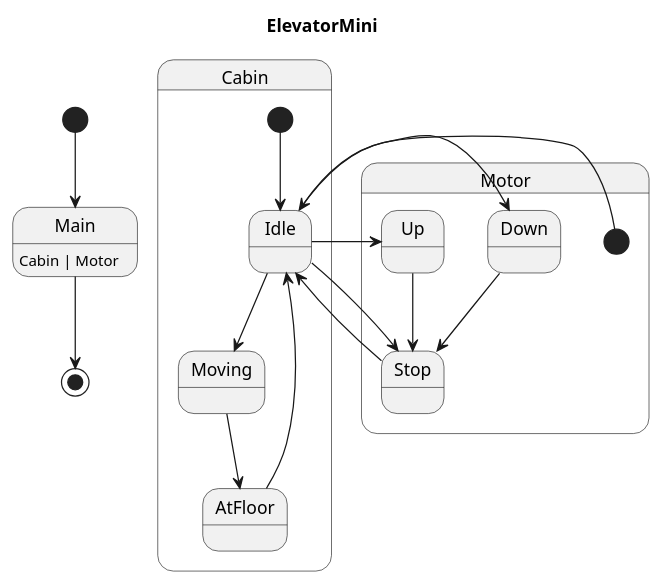
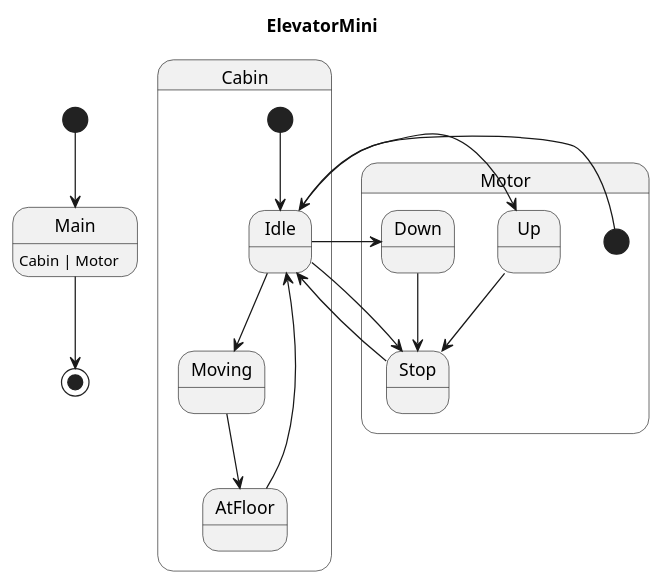
One commit to Pastor/Takt changed the diagram in examples/generated/plantuml/elevator_mini.puml. Above: the diagram before and after it, drawn with PlantUML. The commit also changed other lines of this file and 10 other files, not shown here.

```diff
--- a/examples/generated/plantuml/elevator_mini.puml
+++ b/examples/generated/plantuml/elevator_mini.puml
@@ -1,25 +1,25 @@
 @startuml
 title ElevatorMini
 
 [*] --> Main
 Main : Cabin | Motor
 Main --> [*]
 
 state Cabin {
     [*] --> Idle
-    Idle --> Moving
     AtFloor --> Idle
     Moving --> AtFloor
+    Idle --> Moving
 }
 
 state Motor {
     [*] --> Idle
-    Down --> Stop
-    Up --> Stop
     Idle --> Up
     Idle --> Down
     Idle --> Stop
+    Down --> Stop
+    Up --> Stop
     Stop --> Idle
 }
 
 @enduml
```
